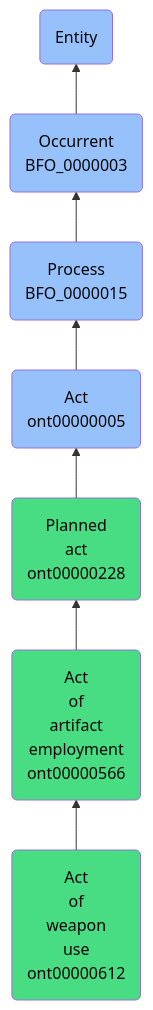
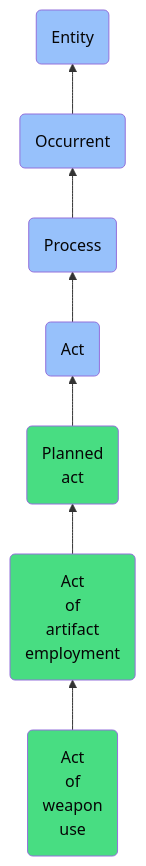
The diagram in docs/ontology/reference/model/Entity/Occurrent/Process/Act/Planned act/Act of artifact employment/Act of weapon use/Act of weapon use.md (jupyter-naas/abi), drawn with Mermaid before and after one commit. The commit also changed other lines of this file and 1430 other files, not shown here.

````diff
--- a/docs/ontology/reference/model/Entity/Occurrent/Process/Act/Planned act/Act of artifact employment/Act of weapon use/Act of weapon use.md
+++ b/docs/ontology/reference/model/Entity/Occurrent/Process/Act/Planned act/Act of artifact employment/Act of weapon use/Act of weapon use.md
@@ -24,14 +24,14 @@
 ```mermaid
 graph BT
-    ont00000612(Act<br>of<br>weapon<br>use<br>ont00000612):::ABI-->ont00000566
-    ont00000566(Act<br>of<br>artifact<br>employment<br>ont00000566):::ABI-->ont00000228
-    ont00000228(Planned<br>act<br>ont00000228):::ABI-->ont00000005
-    ont00000005(Act<br>ont00000005):::BFO-->BFO_0000015
-    BFO_0000015(Process<br>BFO_0000015):::BFO-->BFO_0000003
-    BFO_0000003(Occurrent<br>BFO_0000003):::BFO-->BFO_0000001
+    ont00000612(Act<br>of<br>weapon<br>use):::ABI-->ont00000566
+    ont00000566(Act<br>of<br>artifact<br>employment):::ABI-->ont00000228
+    ont00000228(Planned<br>act):::ABI-->ont00000005
+    ont00000005(Act):::BFO-->BFO_0000015
+    BFO_0000015(Process):::BFO-->BFO_0000003
+    BFO_0000003(Occurrent):::BFO-->BFO_0000001
     BFO_0000001(Entity):::BFO
     
     classDef BFO fill:#97c1fb,color:#060606
     classDef CCO fill:#e4c51e,color:#060606
     classDef ABI fill:#48DD82,color:#060606
 ```
````
